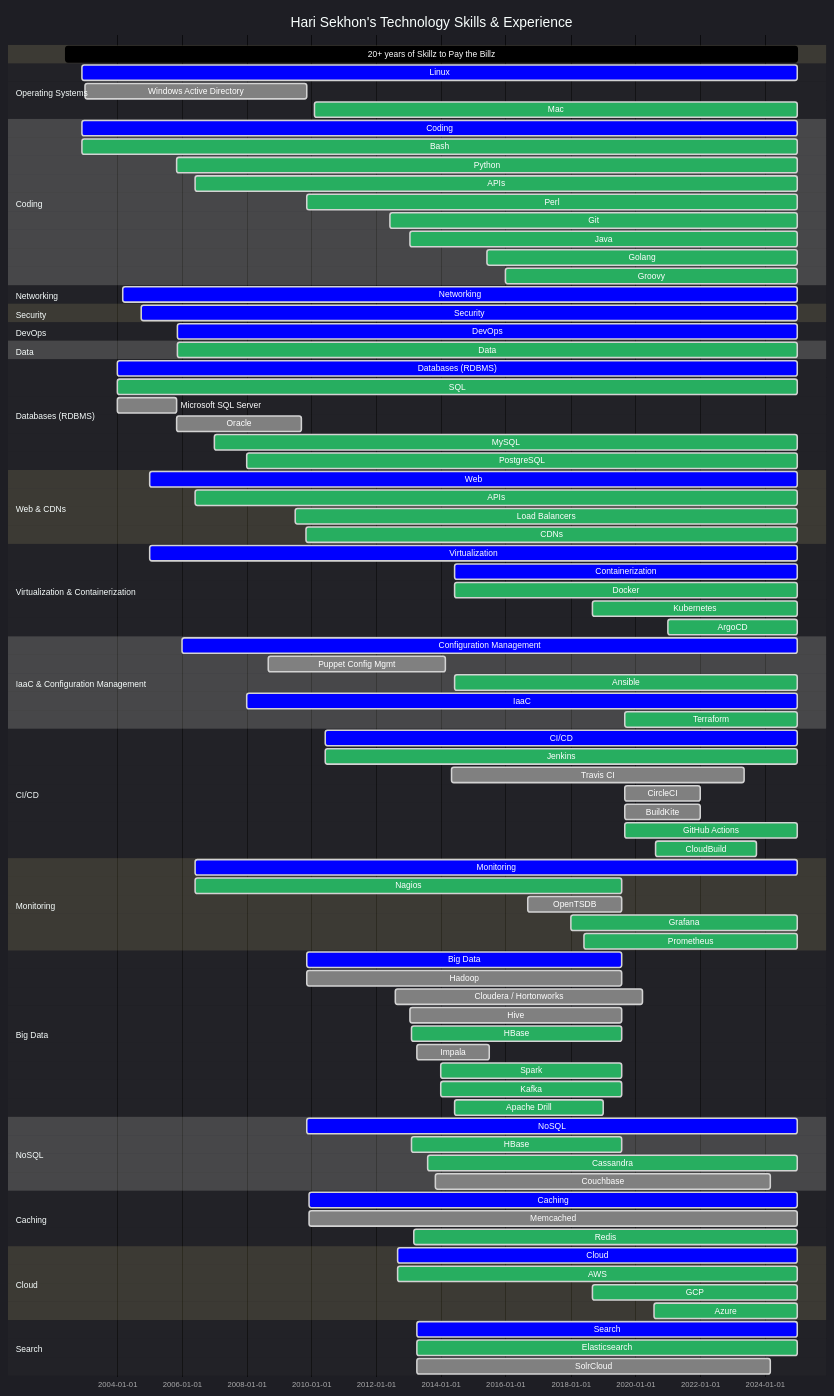
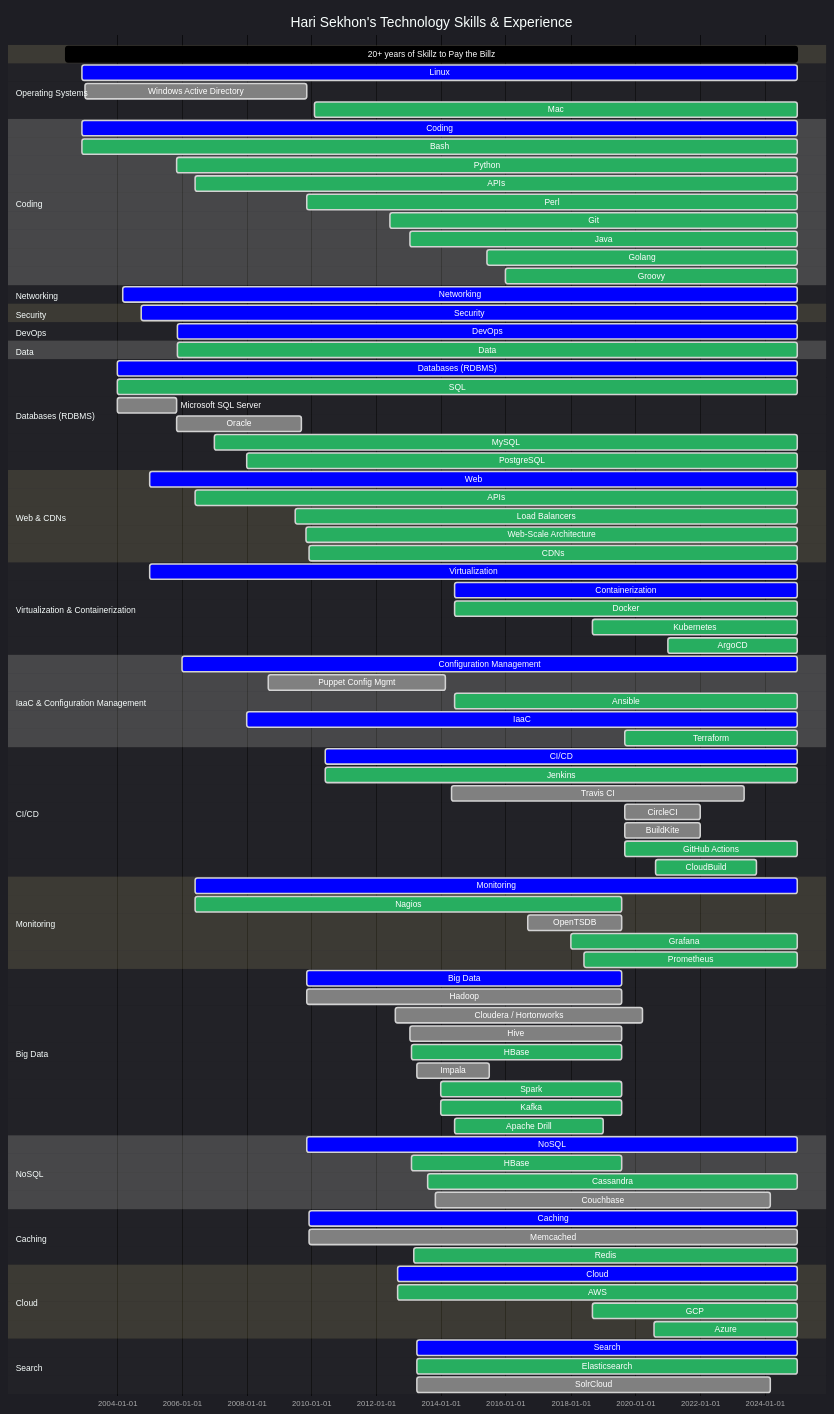
Before and after one commit to HariSekhon/HariSekhon: the diagram in README.md, drawn with Mermaid.

```diff
--- a/README.md
+++ b/README.md
@@ -391,7 +391,8 @@
     %%Kong                   : active, 2023-03-01, 2024-12-31
     %%Traefik                : active, 2023-03-01, 2024-12-31
 
-    CDNs                   : active, 2009-11-01, 2024-12-31
+    Web-Scale Architecture : active, 2009-11-01, 2024-12-31
+    CDNs                   : active, 2009-12-01, 2024-12-31
     %%UlraDNS                : done, 2009-11-01, 2012-06-31
     %%Cotendo                : done, 2012-06-01, 2013-01-13
     %%Cloudflare             : active, 2020-08-20, 2024-12-31
```
